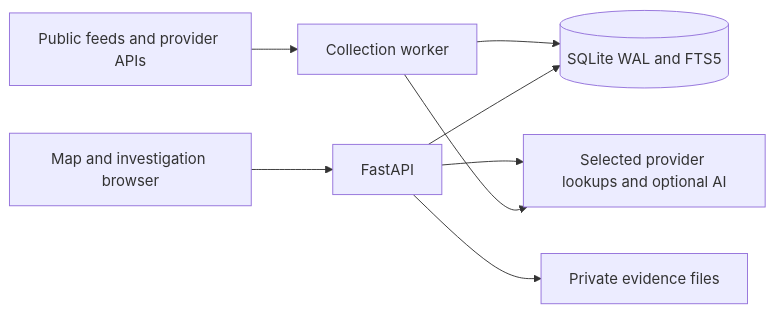
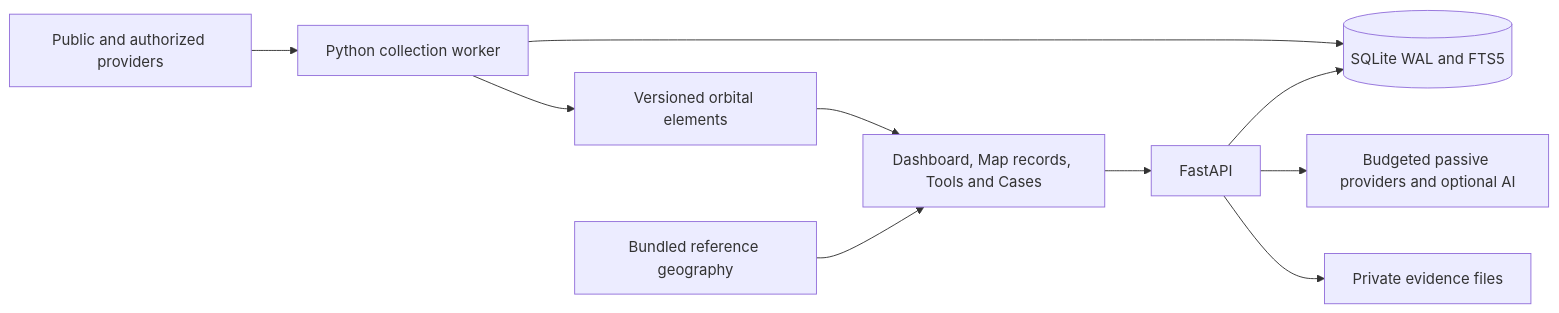
One commit to abanerjee84/signal-atlas-osint changed the diagram in README.md. Above: the diagram before and after it, drawn with Mermaid. The commit also changed other lines of this file and 6 other files, not shown here.

````diff
--- a/README.md
+++ b/README.md
@@ -392,10 +299,12 @@
 ```mermaid
 flowchart LR
-    P[Public feeds and provider APIs] --> W[Collection worker]
-    W --> D[(SQLite WAL and FTS5)]
-    B[Map and investigation browser] --> A[FastAPI]
-    A --> D
-    A --> E[Private evidence files]
-    A --> R[Selected provider lookups and optional AI]
-    W --> R
+  Providers[Public and authorized providers] --> Worker[Python collection worker]
+  Worker --> Store[(SQLite WAL and FTS5)]
+  Browser[Dashboard, Map records, Tools and Cases] --> API[FastAPI]
+  API --> Store
+  Worker --> Elements[Versioned orbital elements]
+  Elements --> Browser
+  Geography[Bundled reference geography] --> Browser
+  API --> Lookups[Budgeted passive providers and optional AI]
+  API --> Evidence[Private evidence files]
 ```
````
